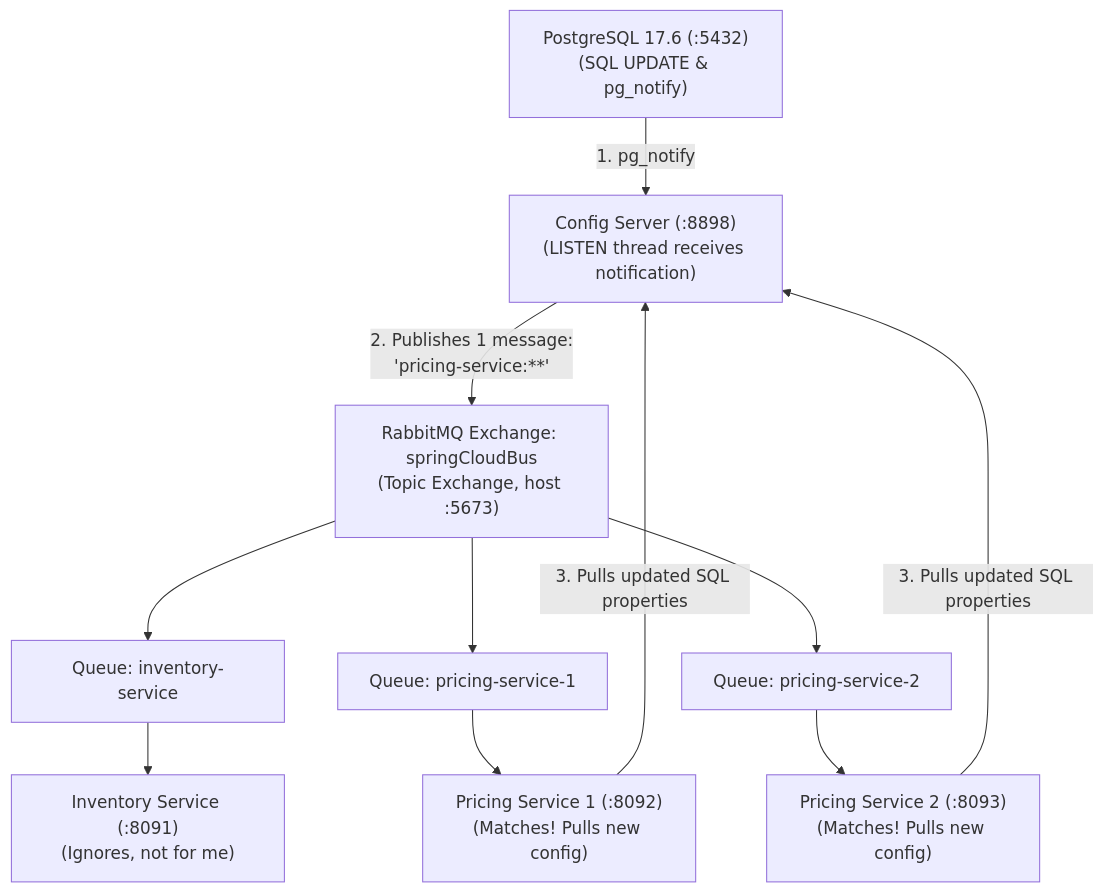
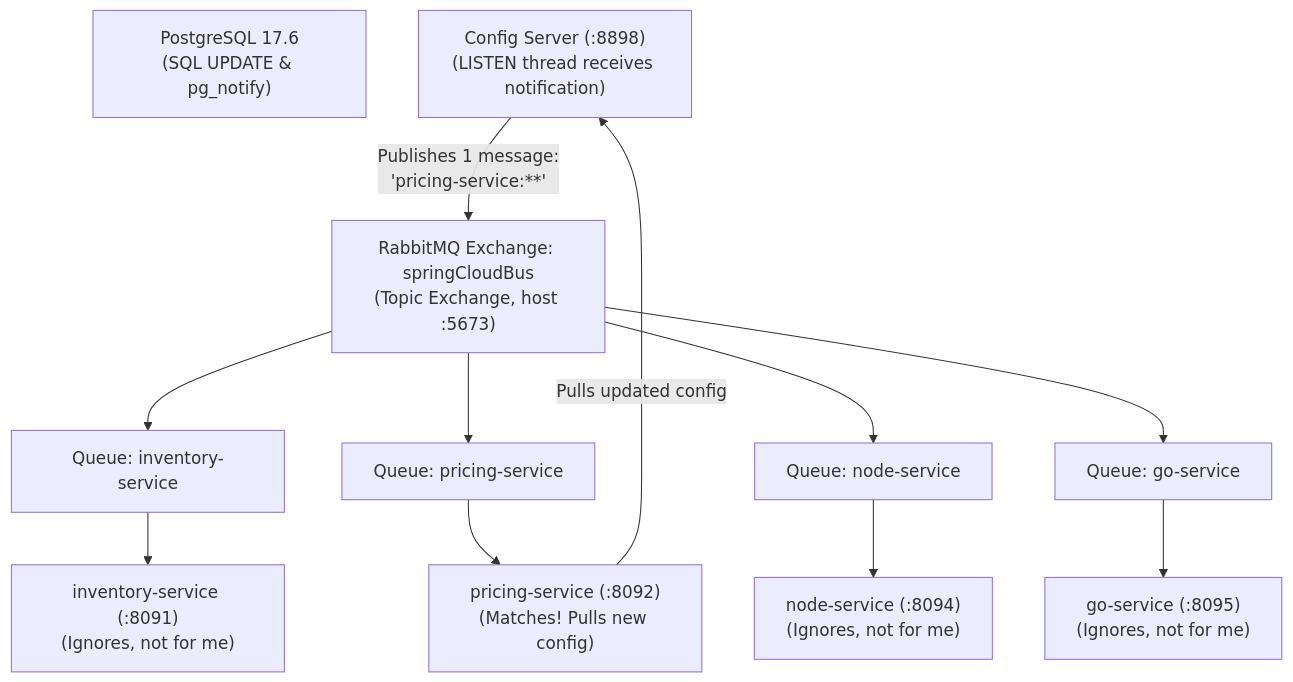
Before and after one commit to kirankumarhm/springboot-config-server-external-properties-demo: the fourth of 4 diagrams in version-b-jdbc/README.md, drawn with Mermaid. The commit also changed other lines of this file and 438 other files, not shown here.

````diff
--- a/version-b-jdbc/README.md
+++ b/version-b-jdbc/README.md
@@ -141,20 +167,21 @@
 ```mermaid
 graph TD
-    DB["PostgreSQL 17.6 (:5432)<br/>(SQL UPDATE & pg_notify)"]
+    DB["PostgreSQL 17.6<br/>(SQL UPDATE & pg_notify)"]
     CS["Config Server (:8898)<br/>(LISTEN thread receives notification)"]
     Ex["RabbitMQ Exchange: springCloudBus<br/>(Topic Exchange, host :5673)"]
     Q1["Queue: inventory-service"]
-    Q2["Queue: pricing-service-1"]
-    Q3["Queue: pricing-service-2"]
-    Inv["Inventory Service (:8091)<br/>(Ignores, not for me)"]
-    Prc1["Pricing Service 1 (:8092)<br/>(Matches! Pulls new config)"]
-    Prc2["Pricing Service 2 (:8093)<br/>(Matches! Pulls new config)"]
+    Q2["Queue: pricing-service"]
+    Q3["Queue: node-service"]
+    Q4["Queue: go-service"]
+    Inv["inventory-service (:8091)<br/>(Ignores, not for me)"]
+    Prc["pricing-service (:8092)<br/>(Matches! Pulls new config)"]
+    Node["node-service (:8094)<br/>(Ignores, not for me)"]
+    Go["go-service (:8095)<br/>(Ignores, not for me)"]
 
-    DB -- "1. pg_notify" --> CS
-    CS -- "2. Publishes 1 message:<br/>'pricing-service:**'" --> Ex
+    CS -- "Publishes 1 message:<br/>'pricing-service:**'" --> Ex
     Ex --> Q1 --> Inv
-    Ex --> Q2 --> Prc1
-    Ex --> Q3 --> Prc2
-    Prc1 -- "3. Pulls updated SQL properties" --> CS
-    Prc2 -- "3. Pulls updated SQL properties" --> CS
+    Ex --> Q2 --> Prc
+    Ex --> Q3 --> Node
+    Ex --> Q4 --> Go
+    Prc -- "Pulls updated config" --> CS
 ```
````
